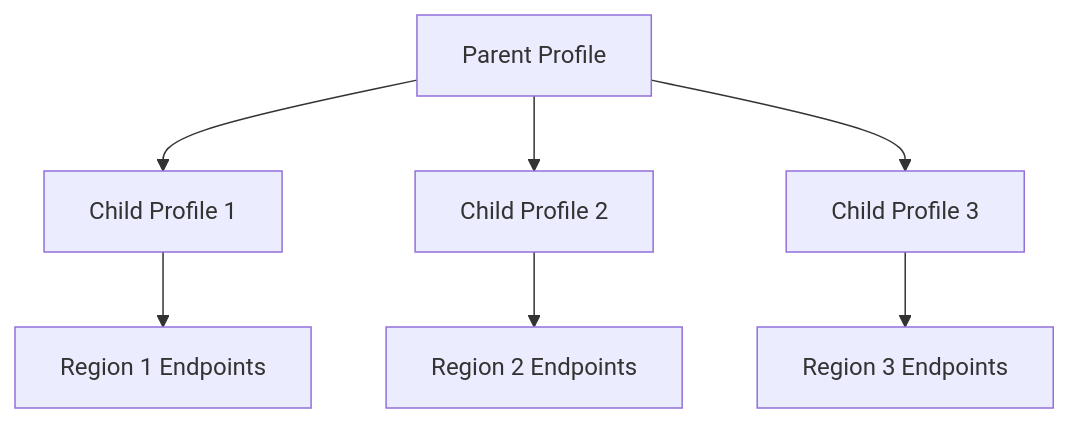
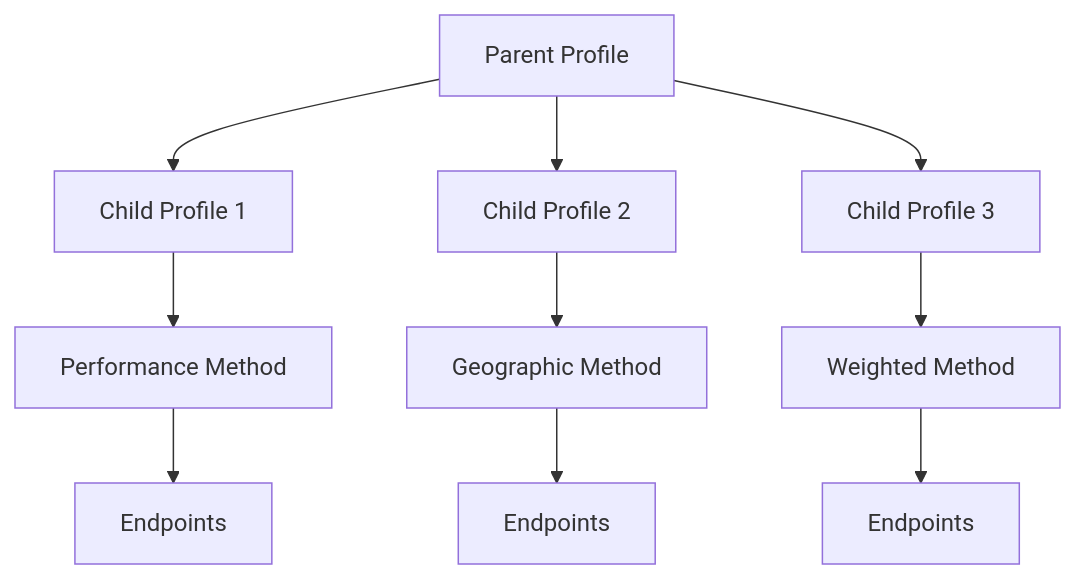
One commit to saravanakumarrc/Architecture_Journey changed the sixth of 14 diagrams in src/azure/az-104/Traffic_Manager.md. Above: the diagram before and after it, drawn with Mermaid. The commit also changed other lines of this file and 6 other files, not shown here.

````diff
--- a/src/azure/az-104/Traffic_Manager.md
+++ b/src/azure/az-104/Traffic_Manager.md
@@ -90,10 +93,14 @@
 ```mermaid
 graph TB
     A[Parent Profile] --> B[Child Profile 1]
     A --> C[Child Profile 2]
     A --> D[Child Profile 3]
     
-    B --> E[Region 1 Endpoints]
-    C --> F[Region 2 Endpoints]
-    D --> G[Region 3 Endpoints]
+    B --> E[Performance Method]
+    C --> F[Geographic Method]
+    D --> G[Weighted Method]
+    
+    E --> H[Endpoints]
+    F --> I[Endpoints]
+    G --> J[Endpoints]
 ```
````
